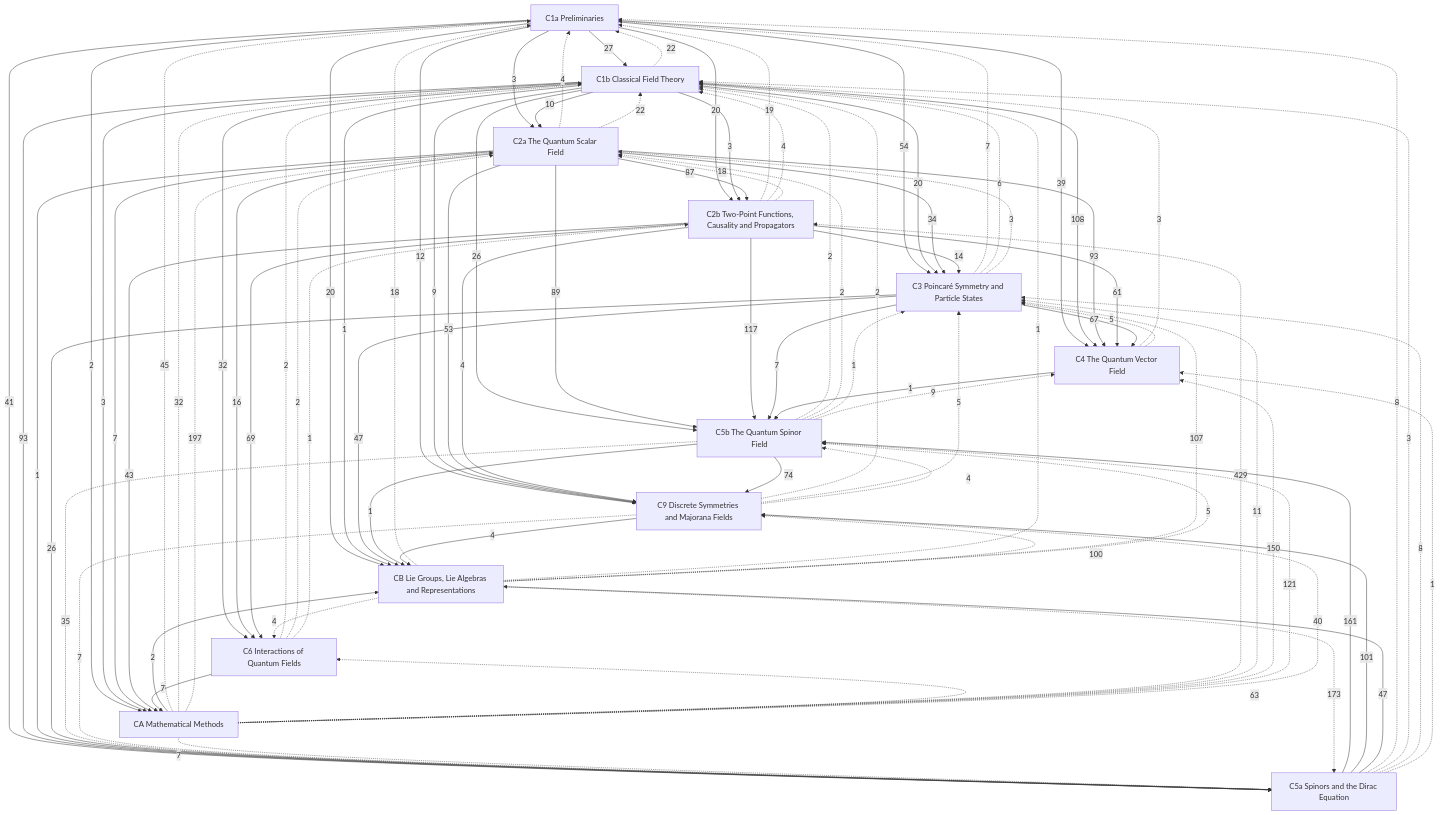
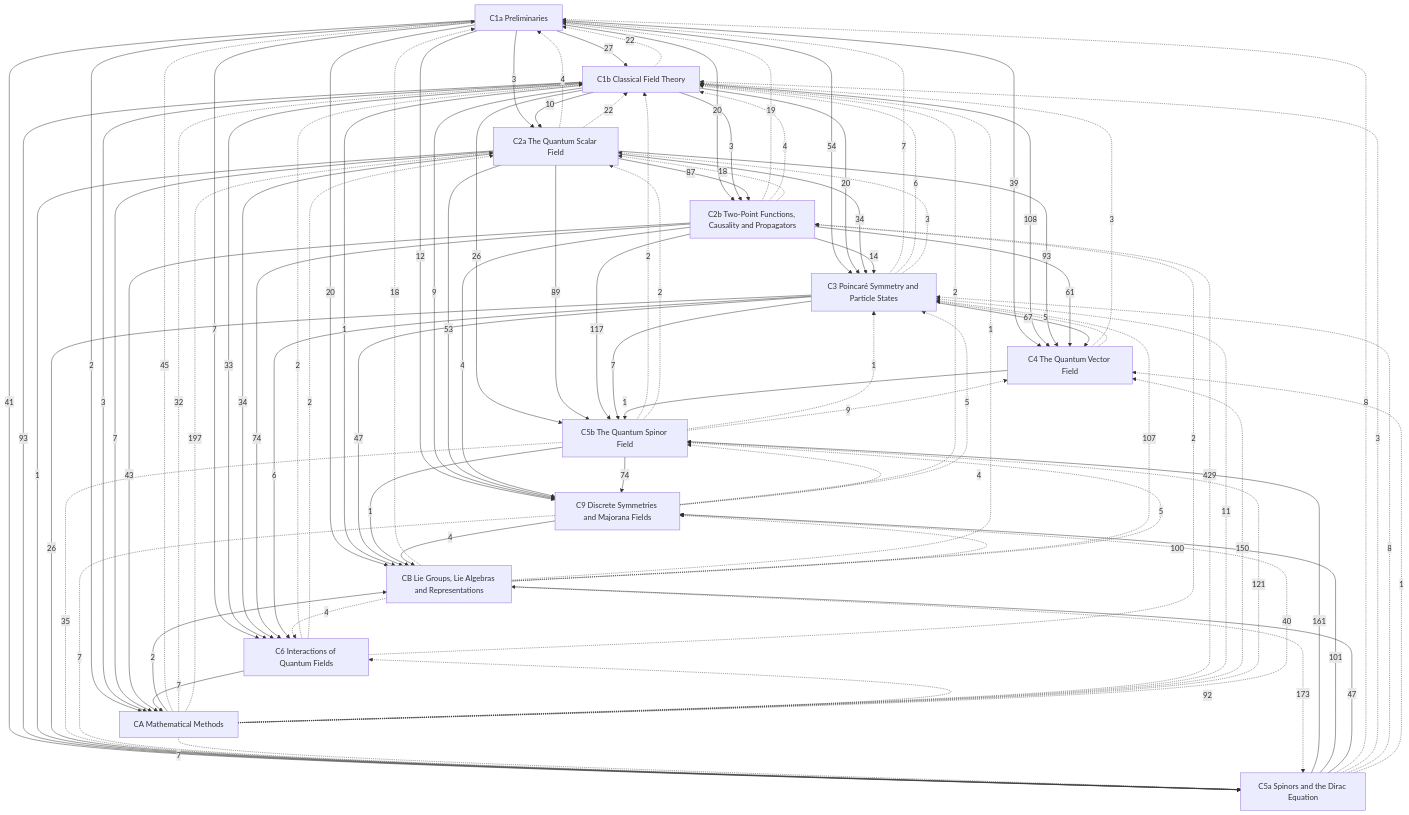
One commit to Onion20040508/notes changed the diagram in Physics/Quantum Field Theory/Quantum Field Theory.md. Above: the diagram before and after it, drawn with Mermaid. The commit also changed other lines of this file and 31 other files, not shown here.

```diff
--- a/Physics/Quantum Field Theory/Quantum Field Theory.md
+++ b/Physics/Quantum Field Theory/Quantum Field Theory.md
@@ -67,9 +67,11 @@
   C3 -->|7| C5b
   C4 -->|1| C5b
   C5a -->|161| C5b
-  C1b -->|32| C6
-  C2a -->|16| C6
-  C2b -->|69| C6
+  C1a -->|7| C6
+  C1b -->|33| C6
+  C2a -->|34| C6
+  C2b -->|74| C6
+  C3 -->|6| C6
   C1a -->|12| C9
   C1b -->|9| C9
   C2a -->|53| C9
@@ -110,7 +112,7 @@
   C5b -.->|2| C2a
   C6 -.->|2| C2a
   CA -.->|197| C2a
-  C6 -.->|1| C2b
+  C6 -.->|2| C2b
   CA -.->|429| C2b
   C4 -.->|5| C3
   C5a -.->|8| C3
@@ -128,7 +130,7 @@
   C9 -.->|4| C5b
   CA -.->|121| C5b
   CB -.->|5| C5b
-  CA -.->|63| C6
+  CA -.->|92| C6
   CB -.->|4| C6
   CA -.->|40| C9
   CB -.->|100| C9
```
